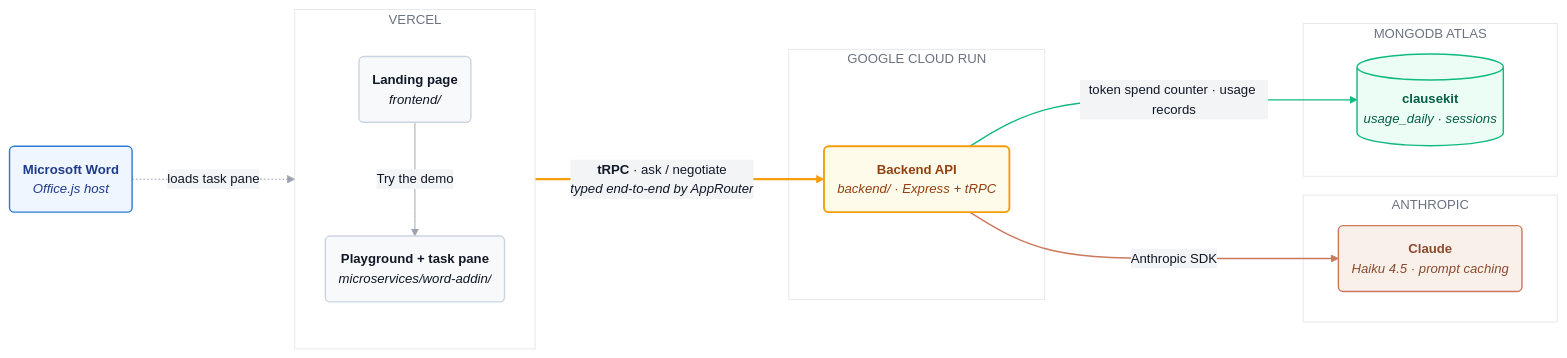
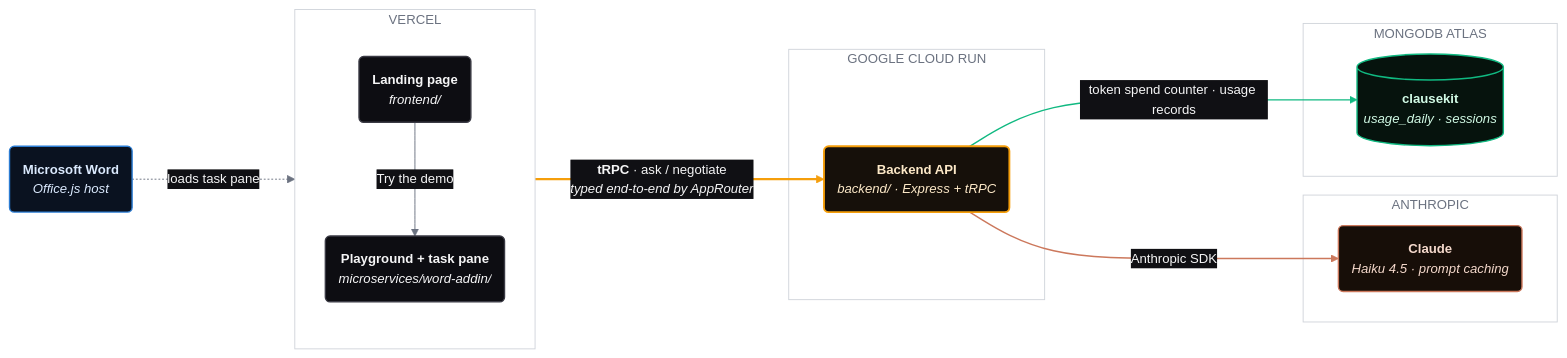
Before and after one commit to markbuckle/clausekit: the diagram in docs/architecture.mmd, drawn with Mermaid. The commit also changed 2 other files, not shown here.

Commit message:
Architecture v4

```diff
--- a/docs/architecture.mmd
+++ b/docs/architecture.mmd
@@ -1,64 +1,64 @@
 %%{init: {
   "fontFamily": "Arial, Helvetica, sans-serif",
   "theme": "base",
   "themeVariables": {
     "fontFamily": "Arial, Helvetica, sans-serif",
     "fontSize": "14px",
-    "primaryColor": "#f8f9fa",
-    "primaryTextColor": "#111827",
-    "primaryBorderColor": "#cbd5e1",
-    "lineColor": "#9ca3af",
+    "primaryColor": "#0d0d12",
+    "primaryTextColor": "#f5f5f6",
+    "primaryBorderColor": "#3a3a44",
+    "lineColor": "#6b7280",
     "clusterBkg": "transparent",
-    "clusterBorder": "#e5e7eb",
-    "edgeLabelBackground": "#f3f4f6",
+    "clusterBorder": "#d1d5db",
+    "edgeLabelBackground": "#101014",
     "tertiaryTextColor": "#6b7280"
   },
   "flowchart": { "curve": "basis", "nodeSpacing": 45, "rankSpacing": 75, "padding": 14 }
 }}%%
 flowchart LR
     W("<b>Microsoft Word</b><br/><i>Office.js host</i>")
 
     subgraph vercel["VERCEL"]
         direction TB
         A("<b>Landing page</b><br/><i>frontend/</i>")
         B("<b>Playground + task pane</b><br/><i>microservices/word-addin/</i>")
     end
 
     subgraph gcr["GOOGLE CLOUD RUN"]
         C("<b>Backend API</b><br/><i>backend/ · Express + tRPC</i>")
     end
 
     subgraph ai["ANTHROPIC"]
         D("<b>Claude</b><br/><i>Haiku 4.5 · prompt caching</i>")
     end
 
     subgraph atlas["MONGODB ATLAS"]
         M[("<b>clausekit</b><br/><i>usage_daily · sessions</i>")]
     end
 
     A -->|Try the demo| B
     W -.->|loads task pane| B
     B ==>|"<b>tRPC</b> · ask / negotiate<br/><i>typed end-to-end by AppRouter</i>"| C
     C -->|Anthropic SDK| D
     C -->|"token spend counter · usage records"| M
 
-    classDef app fill:#f8f9fa,stroke:#cbd5e1,stroke-width:1.5px,color:#111827
-    classDef word fill:#eff6ff,stroke:#2b7cd3,stroke-width:1.5px,color:#1e3a8a
-    classDef api fill:#fffbeb,stroke:#f59e0b,stroke-width:2px,color:#92400e
-    classDef llm fill:#faf0ea,stroke:#cc785c,stroke-width:1.5px,color:#8a4b2f
-    classDef data fill:#ecfdf5,stroke:#10b981,stroke-width:1.5px,color:#065f46
+    classDef app fill:#0d0d12,stroke:#3a3a44,stroke-width:1.5px,color:#f5f5f6
+    classDef word fill:#0a1220,stroke:#2b7cd3,stroke-width:1.5px,color:#dbeafe
+    classDef api fill:#16100a,stroke:#f59e0b,stroke-width:2px,color:#fde9c8
+    classDef llm fill:#170e08,stroke:#cc785c,stroke-width:1.5px,color:#f5d9cc
+    classDef data fill:#06130d,stroke:#10b981,stroke-width:1.5px,color:#d1fae5
 
     class A,B app
     class W word
     class C api
     class D llm
     class M data
 
-    style vercel fill:transparent,stroke:#e5e7eb,color:#6b7280
-    style gcr fill:transparent,stroke:#e5e7eb,color:#6b7280
-    style ai fill:transparent,stroke:#e5e7eb,color:#6b7280
-    style atlas fill:transparent,stroke:#e5e7eb,color:#6b7280
+    style vercel fill:transparent,stroke:#d1d5db,color:#6b7280
+    style gcr fill:transparent,stroke:#d1d5db,color:#6b7280
+    style ai fill:transparent,stroke:#d1d5db,color:#6b7280
+    style atlas fill:transparent,stroke:#d1d5db,color:#6b7280
 
     linkStyle 2 stroke:#f59e0b,stroke-width:2.5px
     linkStyle 3 stroke:#cc785c,stroke-width:1.5px
     linkStyle 4 stroke:#10b981,stroke-width:1.5px
```
